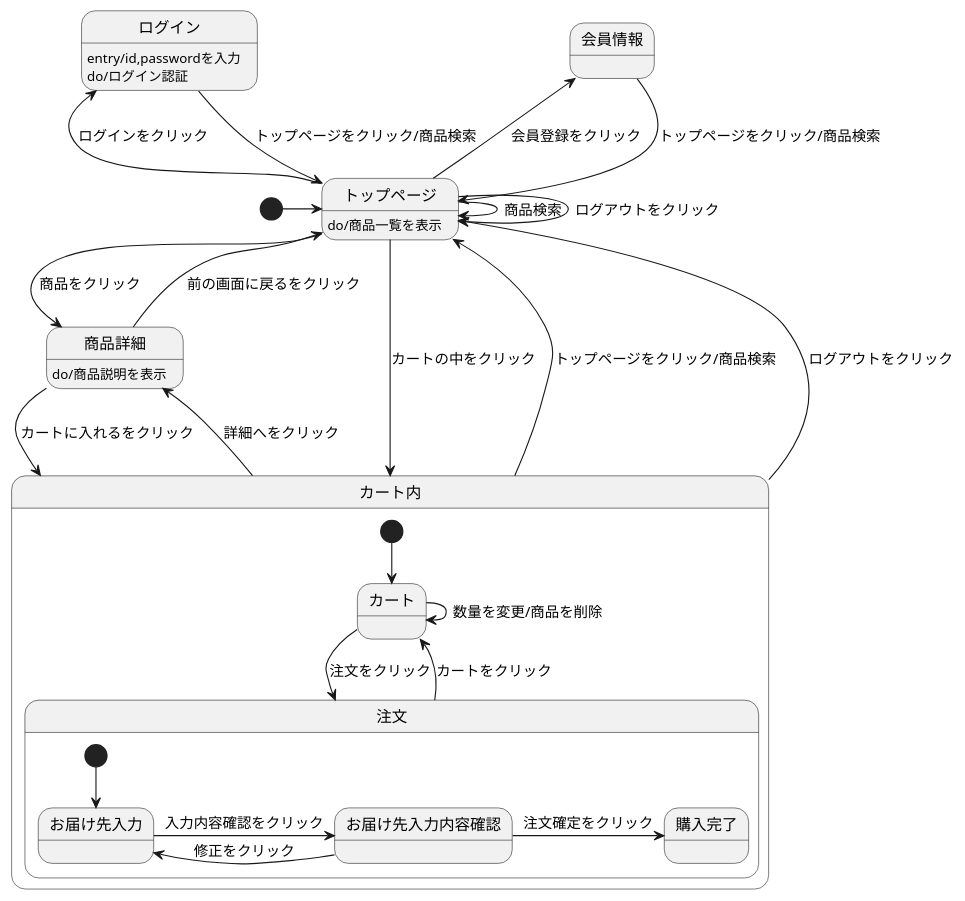
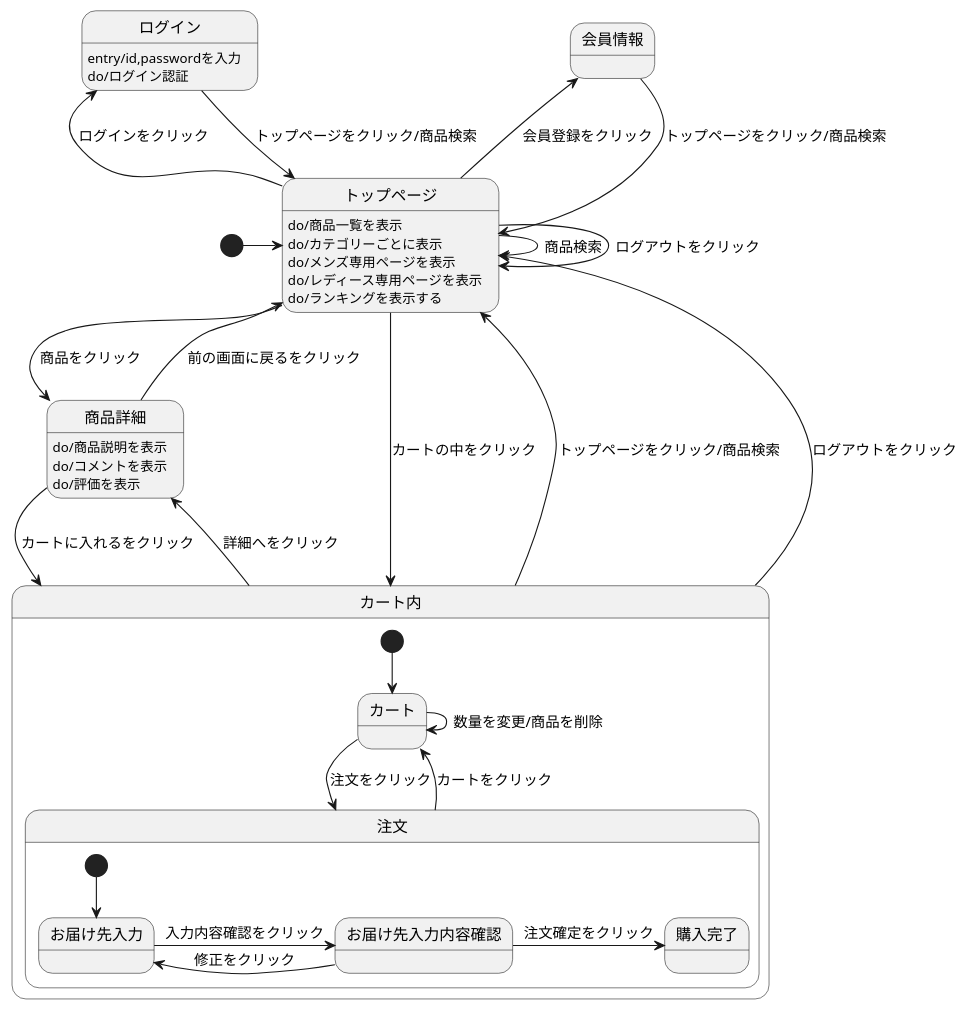
Before and after one commit to Aso2001170/2021sys-design: the diagram in stm01.md, drawn with PlantUML.

````diff
--- a/stm01.md
+++ b/stm01.md
@@ -1,35 +1,41 @@
 ```uml
 @startuml
 [*] -> トップページ
 会員情報 --> トップページ : トップページをクリック/商品検索
 ログイン --> トップページ : トップページをクリック/商品検索
 ログイン : entry/id,passwordを入力
 ログイン : do/ログイン認証
 トップページ --> トップページ : ログアウトをクリック
 トップページ -> トップページ : 商品検索
 トップページ -> 商品詳細 : 商品をクリック
 トップページ -left-> 会員情報 : 会員登録をクリック
 トップページ -left-> ログイン : ログインをクリック
 トップページ --> カート内 : カートの中をクリック
 トップページ : do/商品一覧を表示
+トップページ : do/カテゴリーごとに表示
+トップページ : do/メンズ専用ページを表示
+トップページ : do/レディース専用ページを表示
+トップページ : do/ランキングを表示する
 商品詳細 --> カート内 : カートに入れるをクリック
 商品詳細 --> トップページ : 前の画面に戻るをクリック
 商品詳細 : do/商品説明を表示
+商品詳細 : do/コメントを表示
+商品詳細 : do/評価を表示
 カート内 -up-> トップページ : トップページをクリック/商品検索
 カート内 -up-> トップページ : ログアウトをクリック
 カート内 -> 商品詳細 : 詳細へをクリック
 
 state カート内 {
  [*] --> カート
  カート -> 注文 : 注文をクリック
  カート -> カート : 数量を変更/商品を削除
  注文 --> カート : カートをクリック
  state 注文 {
   [*] --> お届け先入力
   お届け先入力 -> お届け先入力内容確認 : 入力内容確認をクリック
   お届け先入力内容確認 -> お届け先入力 : 修正をクリック
   お届け先入力内容確認 -> 購入完了 : 注文確定をクリック
   }
  }
 @enduml
 ```
````
